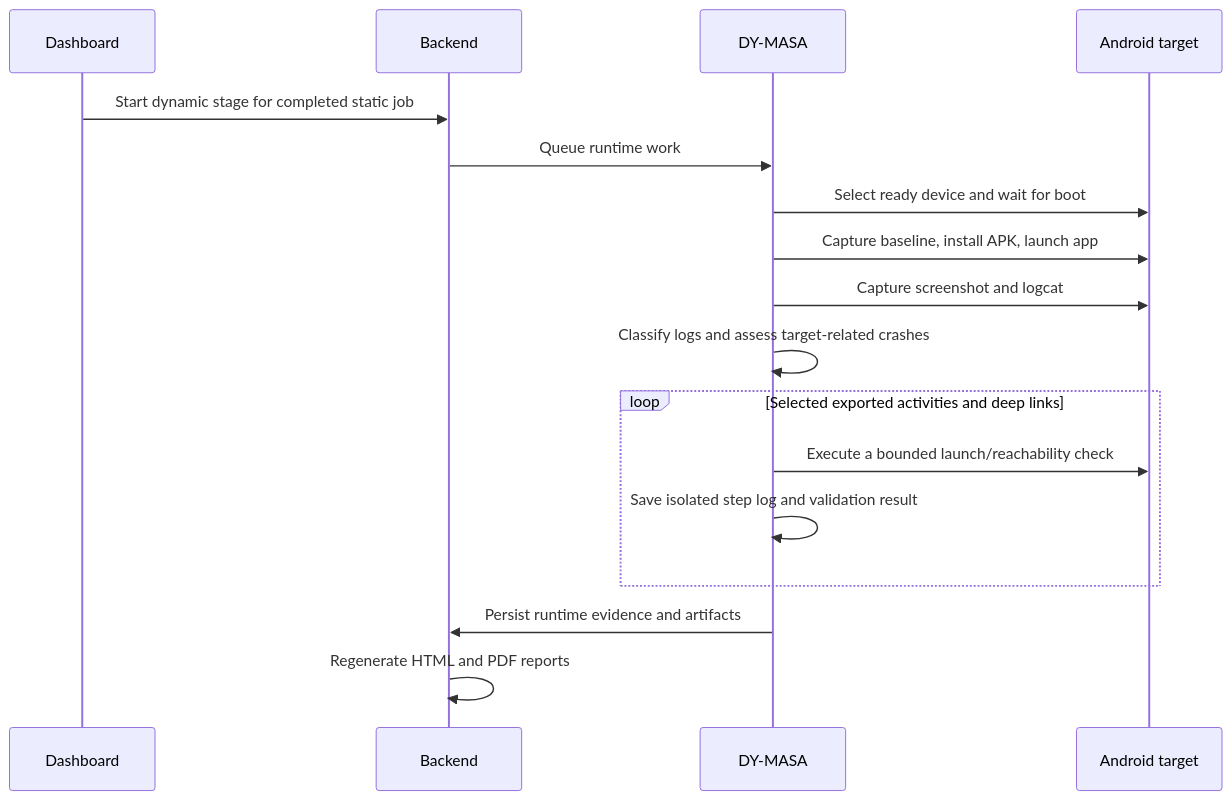
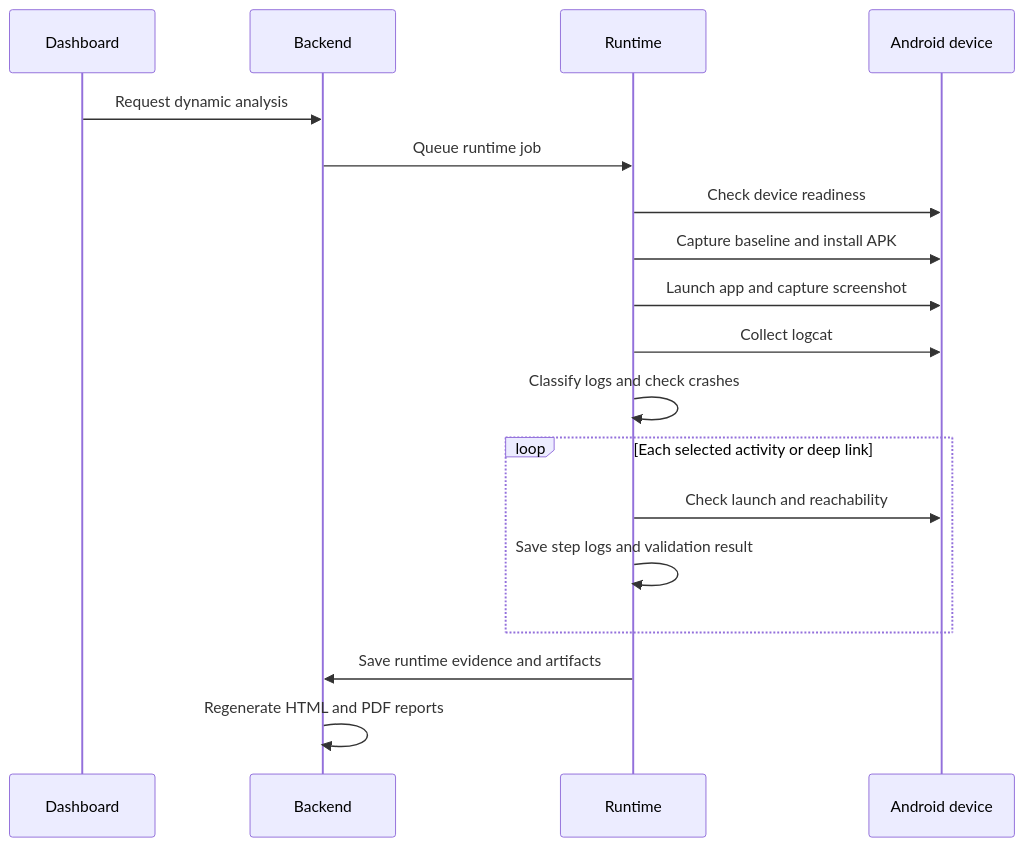
One commit to Mr-VantaRoot/DY-MASA_project changed the second of 2 diagrams in README.md. Above: the diagram before and after it, drawn with Mermaid.

Commit message:
Fix README runtime workflow Mermaid rendering

````diff
--- a/README.md
+++ b/README.md
@@ -124,19 +124,23 @@
 ```mermaid
 sequenceDiagram
     participant UI as Dashboard
     participant API as Backend
-    participant RT as DY-MASA
-    participant DEV as Android target
-    UI->>API: Start dynamic stage for completed static job
-    API->>RT: Queue runtime work
-    RT->>DEV: Select ready device and wait for boot
-    RT->>DEV: Capture baseline, install APK, launch app
-    RT->>DEV: Capture screenshot and logcat
-    RT->>RT: Classify logs and assess target-related crashes
-    loop Selected exported activities and deep links
-        RT->>DEV: Execute a bounded launch/reachability check
-        RT->>RT: Save isolated step log and validation result
+    participant RT as Runtime
+    participant DEV as Android device
+
+    UI->>API: Request dynamic analysis
+    API->>RT: Queue runtime job
+    RT->>DEV: Check device readiness
+    RT->>DEV: Capture baseline and install APK
+    RT->>DEV: Launch app and capture screenshot
+    RT->>DEV: Collect logcat
+    RT->>RT: Classify logs and check crashes
+
+    loop Each selected activity or deep link
+        RT->>DEV: Check launch and reachability
+        RT->>RT: Save step logs and validation result
     end
-    RT->>API: Persist runtime evidence and artifacts
+
+    RT->>API: Save runtime evidence and artifacts
     API->>API: Regenerate HTML and PDF reports
 ```
````
